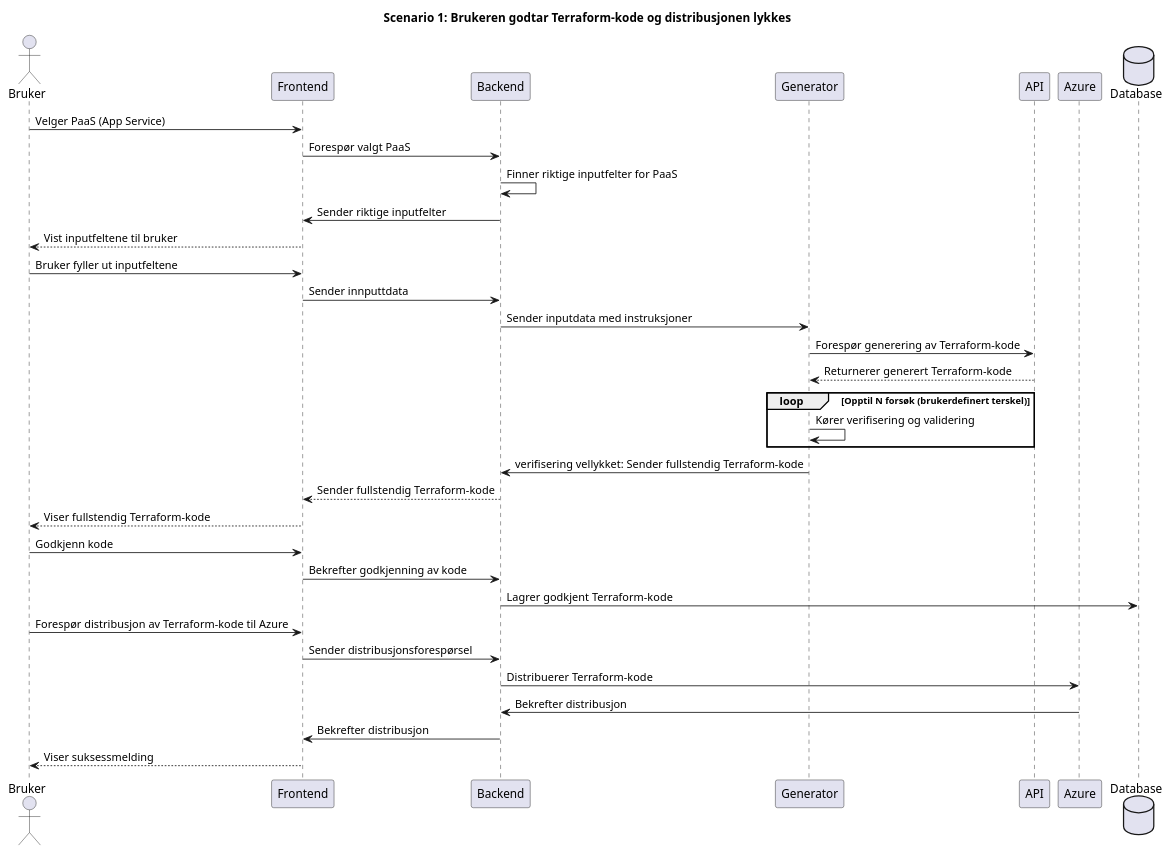
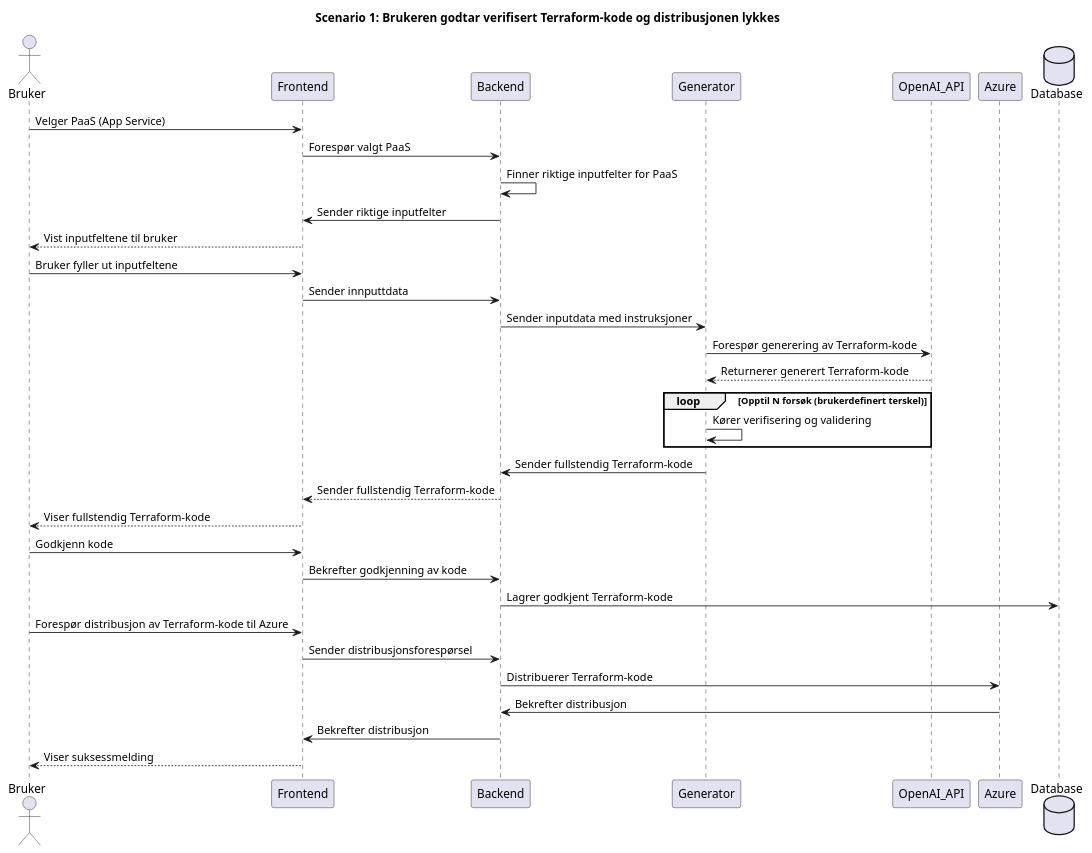
Before and after one commit to Bachelor-B25ITK12/Diagrammer: the diagram in UML_Diagrammer/Applikasjonsflyt-LLM-v3/distribusjon_vellykket.puml, drawn with PlantUML. The commit also changed 7 other files, not shown here.

Commit message:
gjorde noen forbedringer av sekvensdiagrammen for LLM-, samt manuelle-genereringen.

```diff
--- a/UML_Diagrammer/Applikasjonsflyt-LLM-v3/distribusjon_vellykket.puml
+++ b/UML_Diagrammer/Applikasjonsflyt-LLM-v3/distribusjon_vellykket.puml
@@ -1,46 +1,45 @@
 @startuml
-title Scenario 1: Brukeren godtar Terraform-kode og distribusjonen lykkes
+title Scenario 1: Brukeren godtar verifisert Terraform-kode og distribusjonen lykkes
 
 actor           Bruker          as  Bruker
 participant     Frontend        as  Frontend
 participant     Backend         as  Backend
 participant     Generator       as  Generator
-participant     API             as  API
+participant     OpenAI_API             as  OpenAI_API
 participant     Azure           as  Azure
 database        Database        as  Database
 
 Bruker        ->      Frontend        :   Velger PaaS (App Service)
 Frontend      ->      Backend         :   Forespør valgt PaaS
 Backend       ->      Backend         :   Finner riktige inputfelter for PaaS
 Backend       ->      Frontend        :   Sender riktige inputfelter
 Frontend      -->     Bruker          :   Vist inputfeltene til bruker
 Bruker        ->      Frontend        :   Bruker fyller ut inputfeltene
 Frontend      ->      Backend         :   Sender innputtdata
 Backend       ->      Generator       :   Sender inputdata med instruksjoner
 
-' Kommunikasjon med LLM API for generering av Terraform-kode '
-Generator    ->      API             :   Forespør generering av Terraform-kode
-API          -->     Generator       :   Returnerer generert Terraform-kode
 
-' Terraform validering '
+Generator    ->      OpenAI_API             :   Forespør generering av Terraform-kode
+OpenAI_API          -->     Generator       :   Returnerer generert Terraform-kode
+
+
 loop Opptil N forsøk (brukerdefinert terskel)
     Generator   ->      Generator   :   Kører verifisering og validering
 end loop
 
-' Verifisering vellykket '
-    Generator   ->      Backend     :   verifisering vellykket: Sender fullstendig Terraform-kode
+    Generator   ->      Backend     :   Sender fullstendig Terraform-kode
     Backend     -->     Frontend    :   Sender fullstendig Terraform-kode
     Frontend    -->     Bruker      :   Viser fullstendig Terraform-kode
     Bruker      ->      Frontend    :   Godkjenn kode
-' Etter godkjenning av IaC '
+
 Frontend    ->      Backend         :   Bekrefter godkjenning av kode
 Backend     ->      Database        :   Lagrer godkjent Terraform-kode
 Bruker      ->      Frontend        :   Forespør distribusjon av Terraform-kode til Azure
 Frontend    ->      Backend         :   Sender distribusjonsforespørsel
 Backend     ->      Azure           :   Distribuerer Terraform-kode
 
-' Distribusjon vellykket '
-Azure       ->      Backend         :   Bekrefter distribusjon
-            Backend     ->      Frontend        :   Bekrefter distribusjon
-            Frontend    -->     Bruker          :   Viser suksessmelding
+
+   Azure       ->      Backend         :   Bekrefter distribusjon
+   Backend     ->      Frontend        :   Bekrefter distribusjon
+   Frontend    -->     Bruker          :   Viser suksessmelding
 @enduml
```
